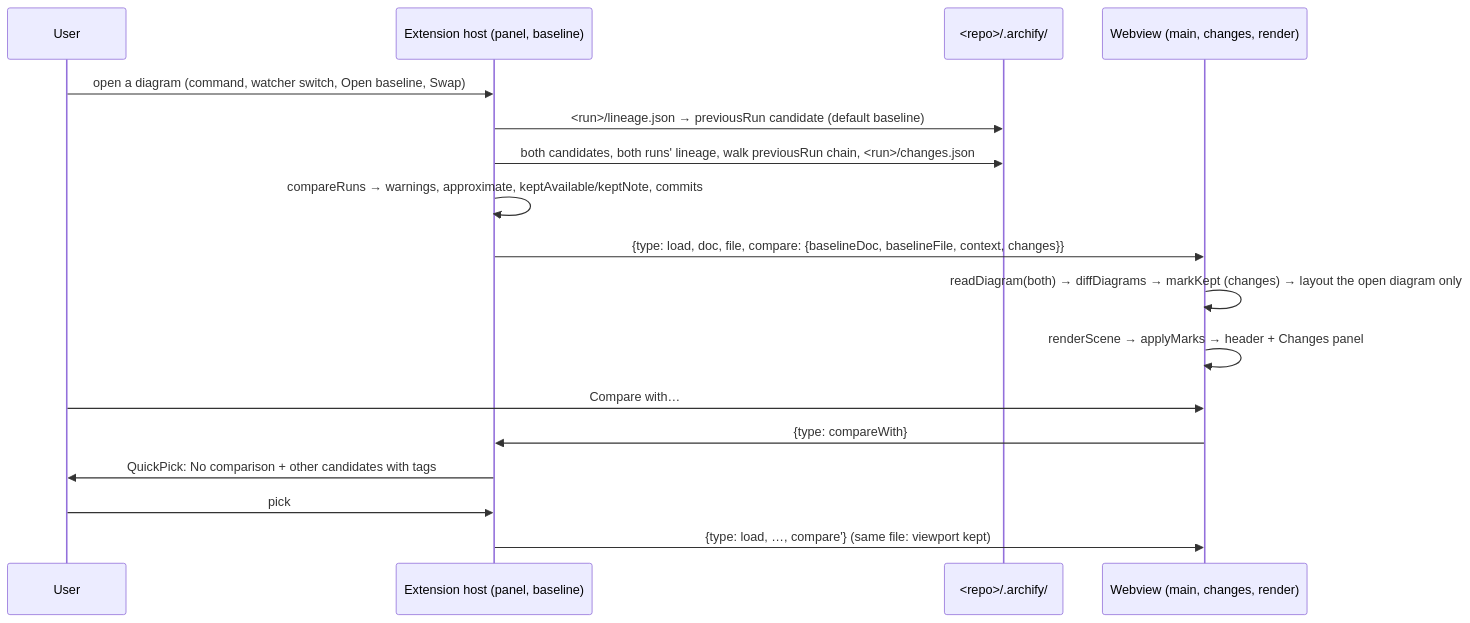
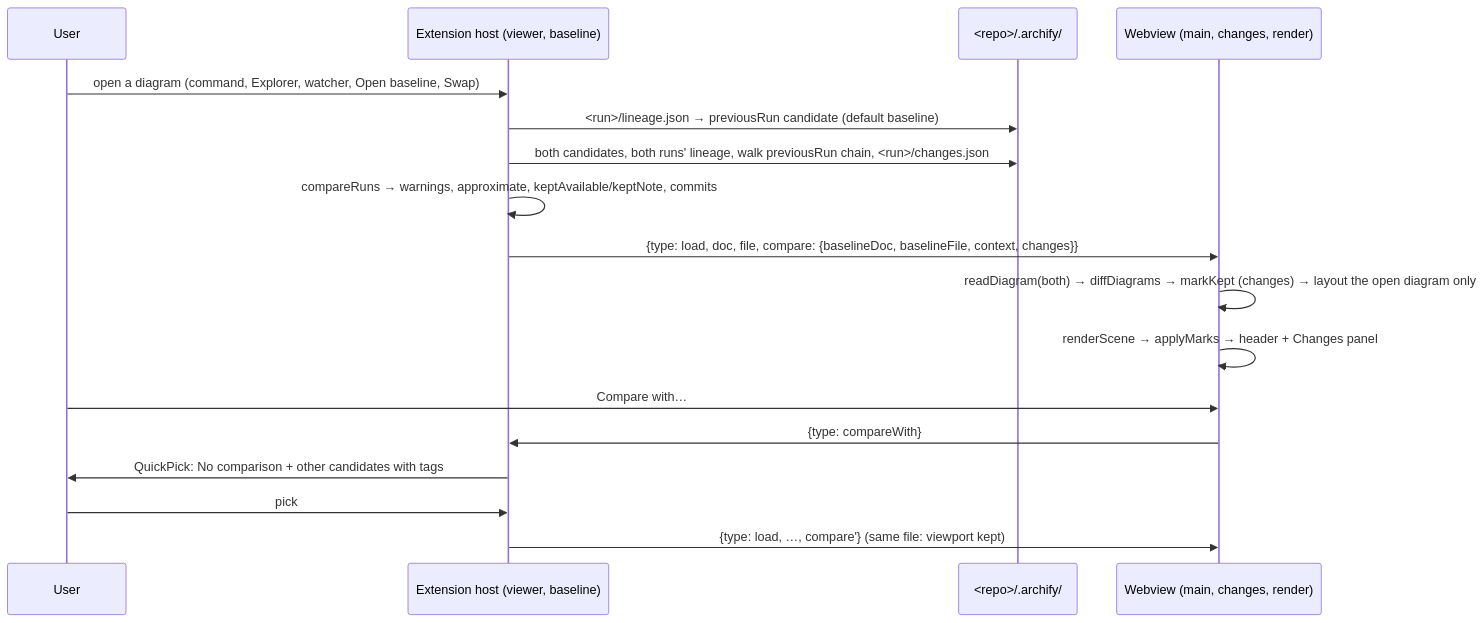
The sixth of 7 diagrams in docs/architecture.md (DennieDan/sustain), drawn with Mermaid before and after one commit. The commit also changed other lines of this file and 45 other files, not shown here.

First line of the commit message:
Open diagrams as .sir files in a custom editor (ADR 0033)

````diff
--- a/docs/architecture.md
+++ b/docs/architecture.md
@@ -245,19 +250,19 @@
 ```mermaid
 sequenceDiagram
   participant U as User
-  participant H as Extension host (panel, baseline)
+  participant H as Extension host (viewer, baseline)
   participant FS as <repo>/.archify/
   participant W as Webview (main, changes, render)
-  U->>H: open a diagram (command, watcher switch, Open baseline, Swap)
+  U->>H: open a diagram (command, Explorer, watcher, Open baseline, Swap)
   H->>FS: <run>/lineage.json → previousRun candidate (default baseline)
   H->>FS: both candidates, both runs' lineage, walk previousRun chain, <run>/changes.json
   H->>H: compareRuns → warnings, approximate, keptAvailable/keptNote, commits
   H->>W: {type: load, doc, file, compare: {baselineDoc, baselineFile, context, changes}}
   W->>W: readDiagram(both) → diffDiagrams → markKept (changes) → layout the open diagram only
   W->>W: renderScene → applyMarks → header + Changes panel
   U->>W: Compare with…
   W->>H: {type: compareWith}
   H->>U: QuickPick: No comparison + other candidates with tags
   U->>H: pick
   H->>W: {type: load, …, compare'} (same file: viewport kept)
 ```
````
